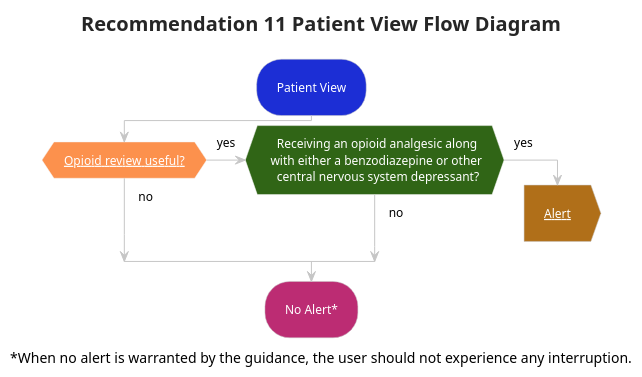
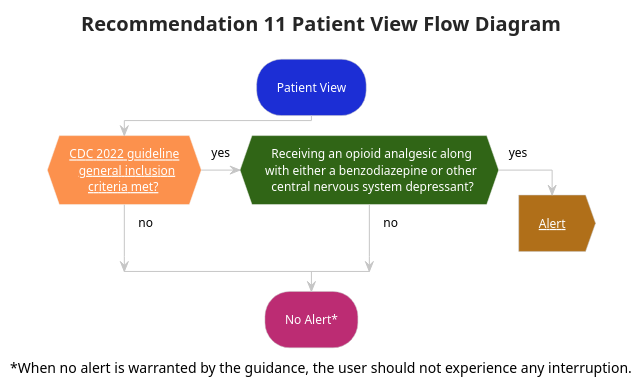
Before and after one commit to cqframework/opioid-cds-r4: the diagram in input/images-source/flow_rec11_patientview.plantuml, drawn with PlantUML. The commit also changed 87 other files, not shown here.

```diff
--- a/input/images-source/flow_rec11_patientview.plantuml
+++ b/input/images-source/flow_rec11_patientview.plantuml
@@ -1,26 +1,26 @@
 @startuml flow_rec11_patientview
 !theme carbon-gray
 skinparam hyperlinkColor white
 <style>
 activityDiagram {
  FontColor white
  RoundCorner 50
  arrow {
   FontColor: Black
  }
  diamond {
   BackgroundColor #fc914d
  }
 }
 </style>
 title Recommendation 11 Patient View Flow Diagram
 #1C2ED5:Patient View; 
-if ([[subroutines.html#opioid-review-useful Opioid review useful?]]) then (no)
+if ([[subroutines.html#cdc-2022-general-inclusion-criteria CDC 2022 guideline\n   general inclusion\n      criteria met?]]) then (no)
 #306516:(yes) elseif (   Receiving an opioid analgesic along\n with either a benzodiazepine or other\n   central nervous system depressant?) then (no) 
 else (yes) 
 #b06f19:[[user-interaction-alerts.html#recommendation-11-alert Alert]];<<output>>
 kill
 endif
 #BC2C73:No Alert*;
 caption ~*When no alert is warranted by the guidance, the user should not experience any interruption.
 @enduml
```
